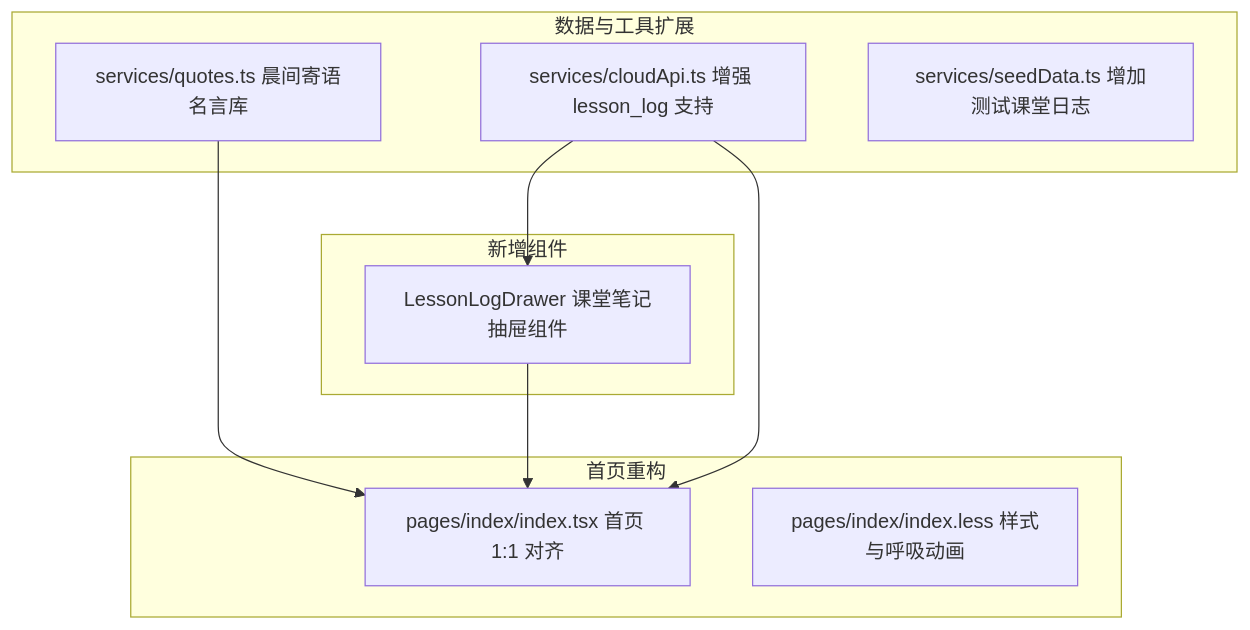
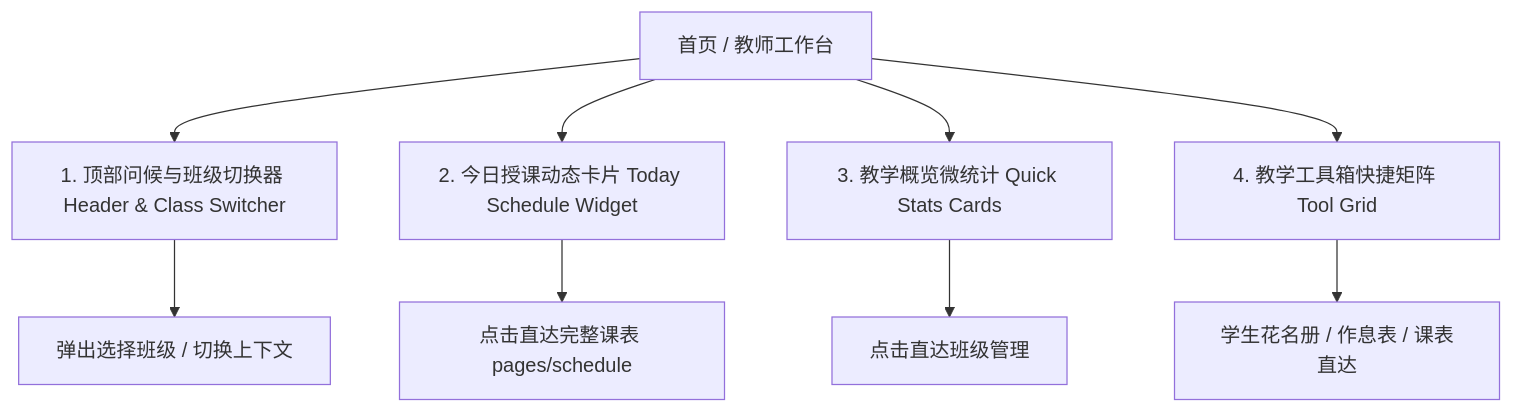
One commit to wllcyg/teacher changed the diagram in implementation_plan.md. Above: the diagram before and after it, drawn with Mermaid. The commit also changed other lines of this file and 34 other files, not shown here.

Commit message:
refactor: remove unused template files and enhance page lifecycle data synchronization

````diff
--- a/implementation_plan.md
+++ b/implementation_plan.md
@@ -40,22 +9,13 @@
 ```mermaid
 graph TD
-    subgraph 新增组件
-        Drawer[LessonLogDrawer 课堂笔记抽屉组件]
-    end
-
-    subgraph 首页重构
-        Page[pages/index/index.tsx 首页 1:1 对齐]
-        Style[pages/index/index.less 样式与呼吸动画]
-    end
-
-    subgraph 数据与工具扩展
-        Quotes[services/quotes.ts 晨间寄语名言库]
-        CloudApi[services/cloudApi.ts 增强 lesson_log 支持]
-        SeedData[services/seedData.ts 增加测试课堂日志]
-    end
-
-    Drawer --> Page
-    Quotes --> Page
-    CloudApi --> Drawer
-    CloudApi --> Page
+    Home[首页 / 教师工作台]
+    Home --> H1[1. 顶部问候与班级切换器 Header & Class Switcher]
+    Home --> H2[2. 今日授课动态卡片 Today Schedule Widget]
+    Home --> H3[3. 教学概览微统计 Quick Stats Cards]
+    Home --> H4[4. 教学工具箱快捷矩阵 Tool Grid]
+    
+    H1 --> SwitchAction[弹出选择班级 / 切换上下文]
+    H2 --> NavSchedule[点击直达完整课表 pages/schedule]
+    H3 --> NavClass[点击直达班级管理]
+    H4 --> NavRoster[学生花名册 / 作息表 / 课表直达]
 ```
````
